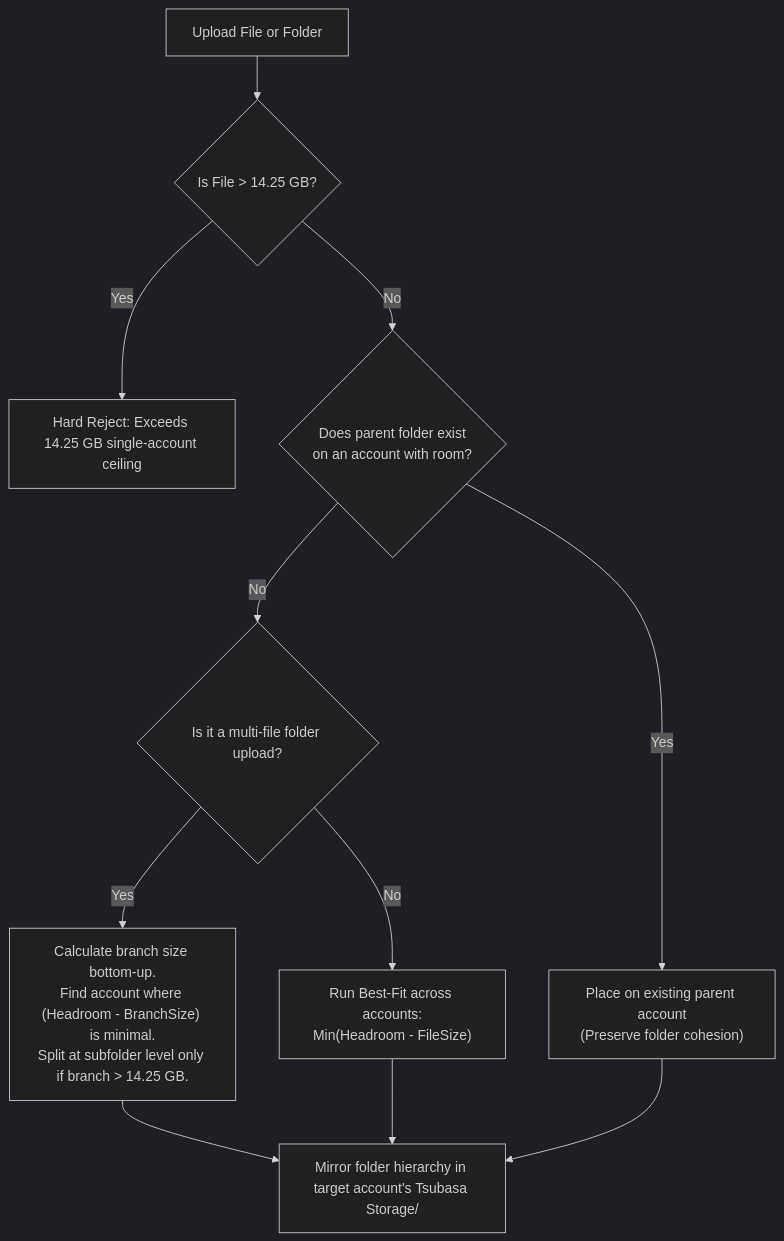
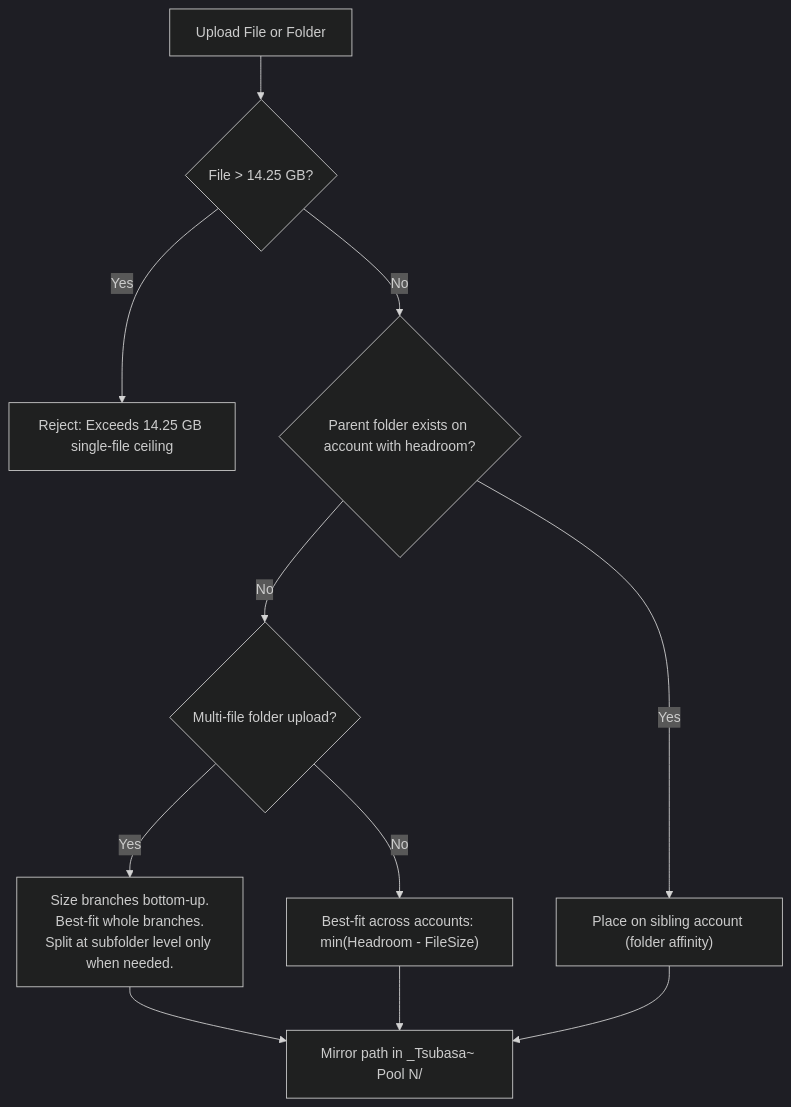
The second of 3 diagrams in docs/roadmap.md (4163/tsubasa-cloud), drawn with Mermaid (dark theme) before and after one commit. The commit also changed other lines of this file and 8 other files, not shown here.

````diff
--- a/docs/roadmap.md
+++ b/docs/roadmap.md
@@ -86,13 +59,13 @@
 ```mermaid
 flowchart TD
-    Upload["Upload File or Folder"] --> SizeCheck{"Is File > 14.25 GB?"}
-    SizeCheck -- Yes --> Reject["Hard Reject: Exceeds 14.25 GB single-account ceiling"]
-    SizeCheck -- No --> HasParent{"Does parent folder exist<br/>on an account with room?"}
-    HasParent -- Yes --> PlaceAffinity["Place on existing parent account<br/>(Preserve folder cohesion)"]
-    HasParent -- No --> BatchCheck{"Is it a multi-file folder upload?"}
-    BatchCheck -- Yes --> BottomUp["Calculate branch size bottom-up.<br/>Find account where (Headroom - BranchSize) is minimal.<br/>Split at subfolder level only if branch > 14.25 GB."]
-    BatchCheck -- No --> SingleBestFit["Run Best-Fit across accounts:<br/>Min(Headroom - FileSize)"]
-    BottomUp --> Mirror["Mirror folder hierarchy in target account's Tsubasa Storage/"]
+    Upload["Upload File or Folder"] --> SizeCheck{"File > 14.25 GB?"}
+    SizeCheck -- Yes --> Reject["Reject: Exceeds 14.25 GB single-file ceiling"]
+    SizeCheck -- No --> HasParent{"Parent folder exists on account with headroom?"}
+    HasParent -- Yes --> PlaceAffinity["Place on sibling account (folder affinity)"]
+    HasParent -- No --> BatchCheck{"Multi-file folder upload?"}
+    BatchCheck -- Yes --> BottomUp["Size branches bottom-up.<br/>Best-fit whole branches.<br/>Split at subfolder level only when needed."]
+    BatchCheck -- No --> SingleBestFit["Best-fit across accounts: min(Headroom - FileSize)"]
+    BottomUp --> Mirror["Mirror path in _Tsubasa~ Pool N/"]
     SingleBestFit --> Mirror
     PlaceAffinity --> Mirror
 ```
````
